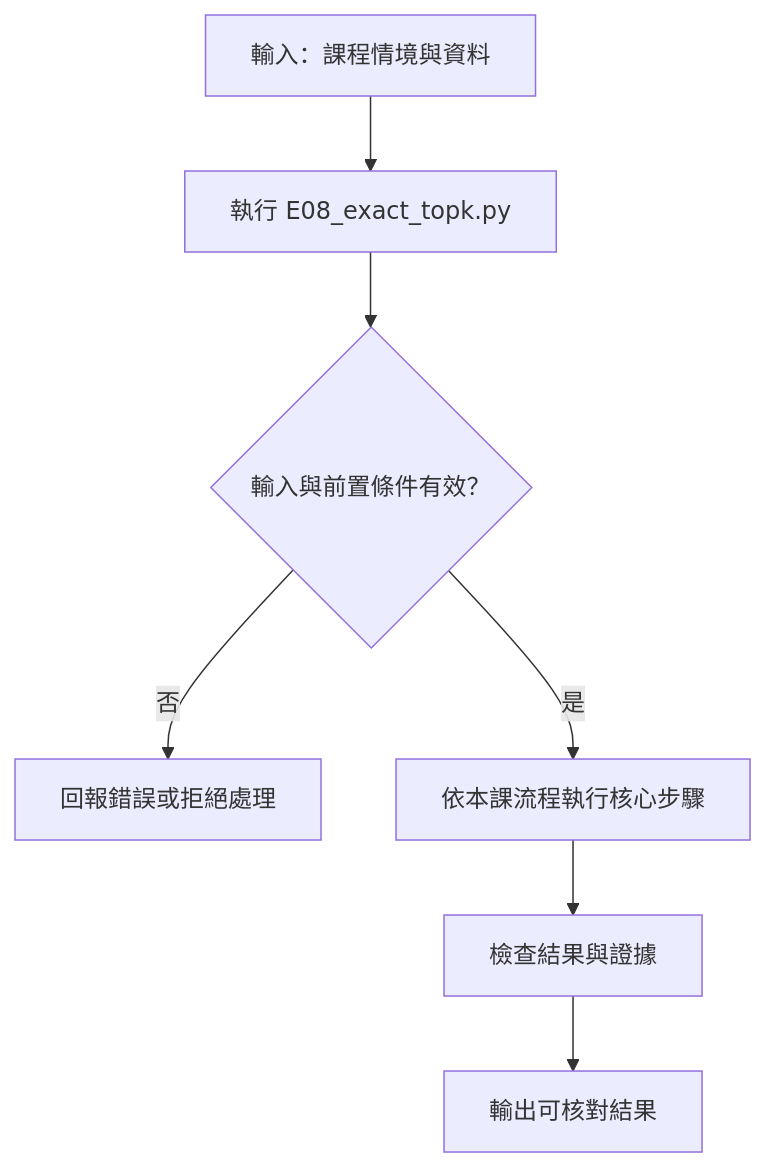
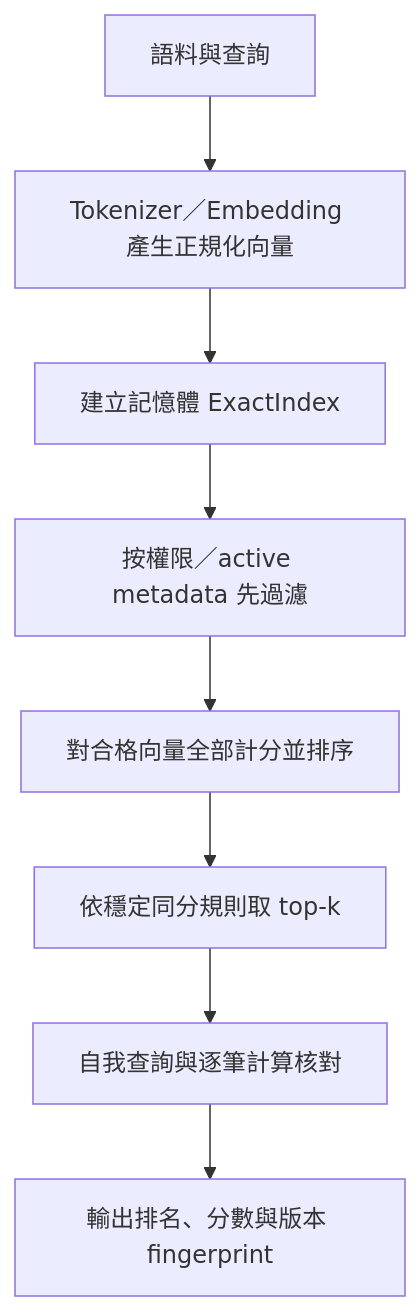
One commit to 4-learn/LLM-demo changed the diagram in 22-exact-baseline.md. Above: the diagram before and after it, drawn with Mermaid. The commit also changed other lines of this file and 66 other files, not shown here.

Commit message:
[pm] docs: expand lesson diagrams and fix course mapping (#17)

````diff
--- a/22-exact-baseline.md
+++ b/22-exact-baseline.md
@@ -10,9 +10,10 @@
 ```mermaid
 flowchart TD
-    A[輸入：課程情境與資料] --> B[執行 E08_exact_topk.py]
-    B --> C{輸入與前置條件有效？}
-    C -- 否 --> D[回報錯誤或拒絕處理]
-    C -- 是 --> E[依本課流程執行核心步驟]
-    E --> F[檢查結果與證據]
-    F --> G[輸出可核對結果]
+    A[語料與查詢] --> B[Tokenizer／Embedding 產生正規化向量]
+    B --> C[建立記憶體 ExactIndex]
+    C --> D[按權限／active metadata 先過濾]
+    D --> E[對合格向量全部計分並排序]
+    E --> F[依穩定同分規則取 top-k]
+    F --> G[自我查詢與逐筆計算核對]
+    G --> H[輸出排名、分數與版本 fingerprint]
 ```
````
